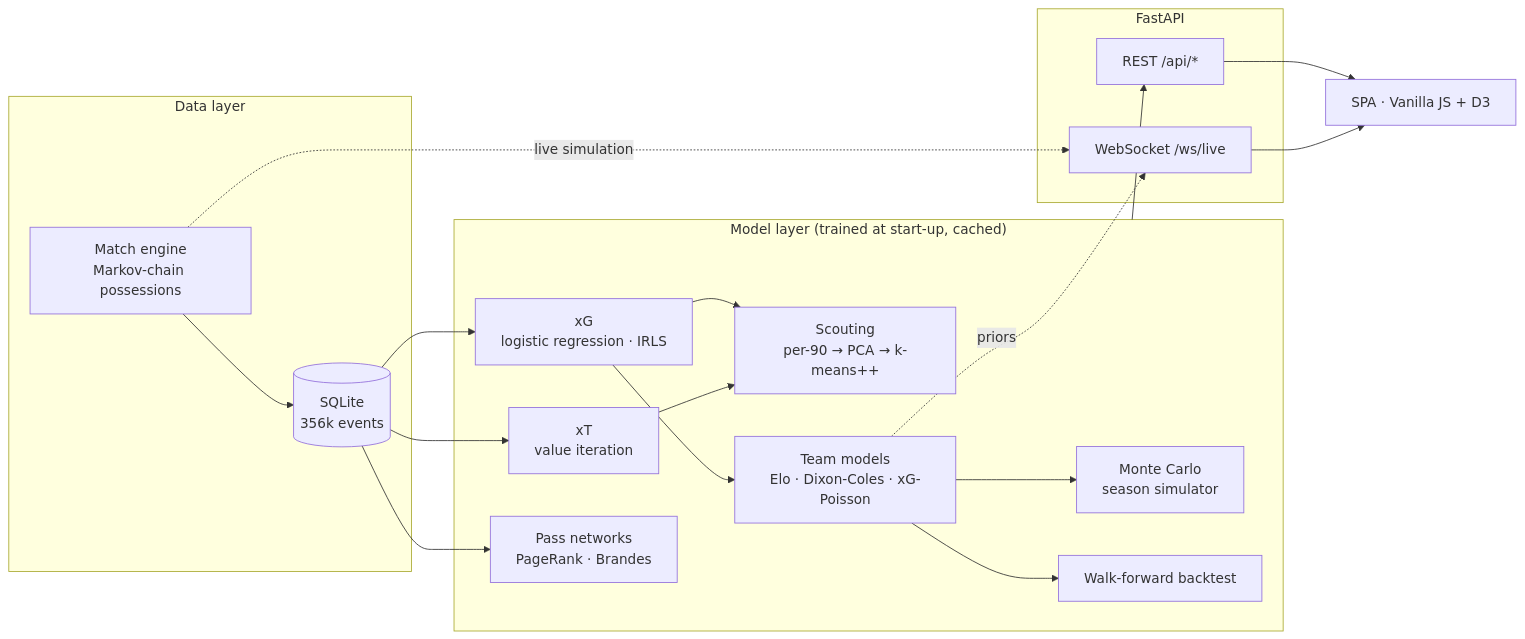
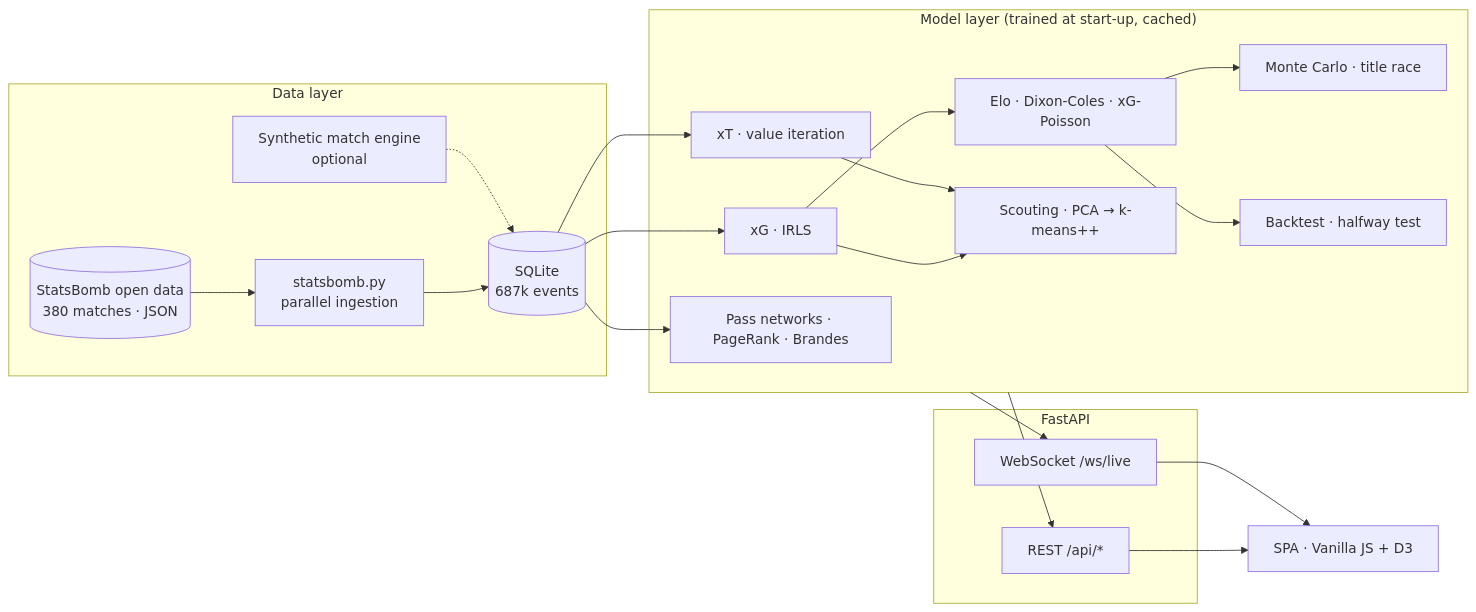
One commit to ashazzahmed10/football-analytics-dashboard changed the diagram in README.md. Above: the diagram before and after it, drawn with Mermaid. The commit also changed other lines of this file and 30 other files, not shown here.

First line of the commit message:
Switch to real data: Premier League 2015/16 from StatsBomb open data

````diff
--- a/README.md
+++ b/README.md
@@ -102,24 +105,25 @@
 ```mermaid
 flowchart LR
     subgraph Data["Data layer"]
-        E[Match engine<br/>Markov-chain possessions] --> DB[(SQLite<br/>356k events)]
+        SB[(StatsBomb open data<br/>380 matches · JSON)] --> ING[statsbomb.py<br/>parallel ingestion]
+        ING --> DB[(SQLite<br/>687k events)]
+        EN[Synthetic match engine<br/>optional] -.-> DB
     end
     subgraph Models["Model layer (trained at start-up, cached)"]
-        DB --> XG[xG<br/>logistic regression · IRLS]
-        DB --> XT[xT<br/>value iteration]
-        XG --> TM[Team models<br/>Elo · Dixon-Coles · xG-Poisson]
-        TM --> MC[Monte Carlo<br/>season simulator]
-        TM --> BT[Walk-forward backtest]
-        XG & XT --> SC[Scouting<br/>per-90 → PCA → k-means++]
-        DB --> NW[Pass networks<br/>PageRank · Brandes]
+        DB --> XG[xG · IRLS]
+        DB --> XT[xT · value iteration]
+        XG --> TM[Elo · Dixon-Coles · xG-Poisson]
+        TM --> MC[Monte Carlo · title race]
+        TM --> BT[Backtest · halfway test]
+        XG & XT --> SC[Scouting · PCA → k-means++]
+        DB --> NW[Pass networks · PageRank · Brandes]
     end
     subgraph API["FastAPI"]
         R[REST /api/*]
         W[WebSocket /ws/live]
     end
     Models --> R
-    E -. live simulation .-> W
-    TM -. priors .-> W
+    Models --> W
     R --> UI[SPA · Vanilla JS + D3]
     W --> UI
 ```
````
